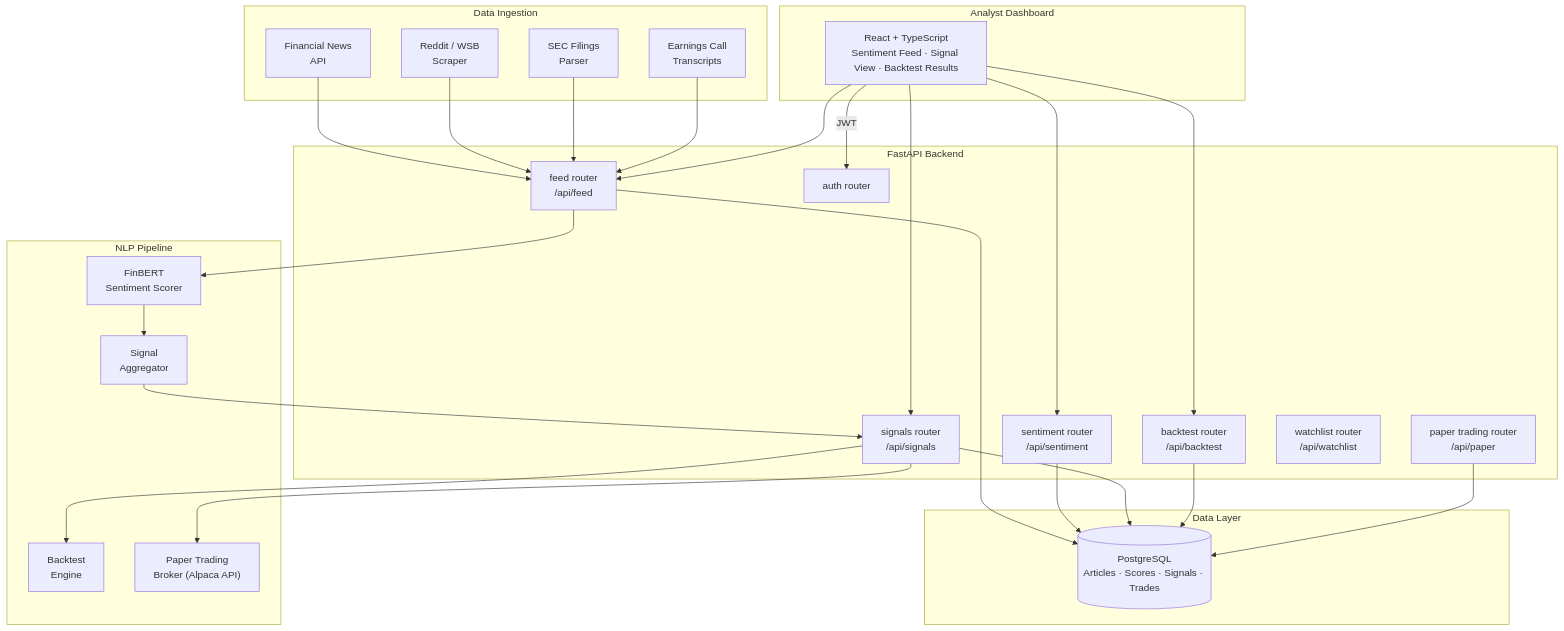
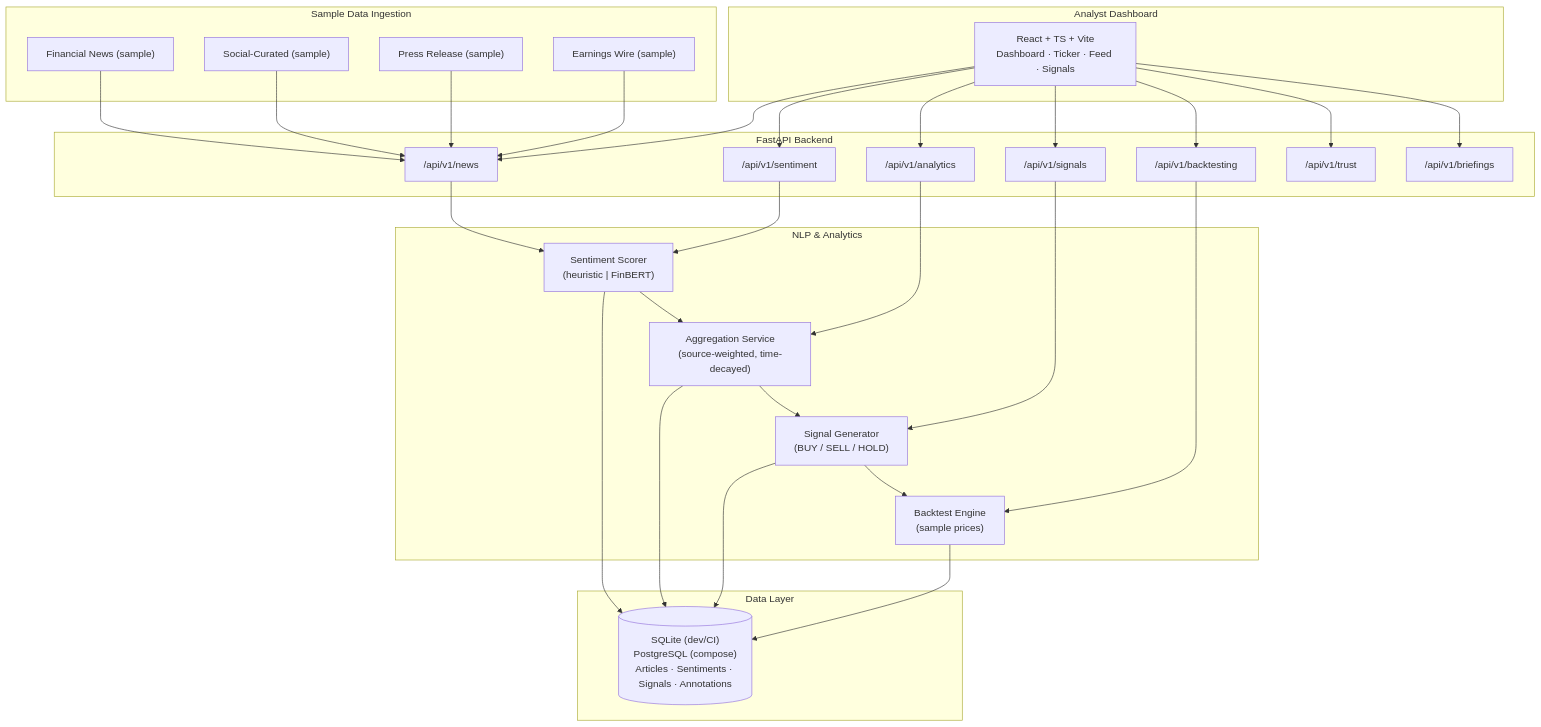
One commit to RyanJBush/Real-time-market-sentiment-and-trading-intelligence-platform changed the diagram in README.md. Above: the diagram before and after it, drawn with Mermaid. The commit also changed other lines of this file and 27 other files, not shown here.

First line of the commit message:
docs+chore: portfolio upgrade — recruiter-ready README, docs, sample data, demo script, ruff config (#18)

````diff
--- a/README.md
+++ b/README.md
@@ -32,43 +73,44 @@
 ```mermaid
 flowchart TD
-    subgraph Ingestion["Data Ingestion"]
-        NEWS["Financial News\nAPI"]
-        REDDIT["Reddit / WSB\nScraper"]
-        SEC["SEC Filings\nParser"]
-        EARNINGS["Earnings Call\nTranscripts"]
+    subgraph Ingestion["Sample Data Ingestion"]
+        NEWS["Financial News (sample)"]
+        SOCIAL["Social-Curated (sample)"]
+        PRESS["Press Release (sample)"]
+        WIRE["Earnings Wire (sample)"]
     end
 
     subgraph API["FastAPI Backend"]
-        R_FEED["feed router\n/api/feed"]
-        R_SENTIMENT["sentiment router\n/api/sentiment"]
-        R_SIGNALS["signals router\n/api/signals"]
-        R_BACKTEST["backtest router\n/api/backtest"]
-        R_PAPER["paper trading router\n/api/paper"]
-        R_WATCHLIST["watchlist router\n/api/watchlist"]
-        R_AUTH["auth router"]
+        R_NEWS["/api/v1/news"]
+        R_SENT["/api/v1/sentiment"]
+        R_AGG["/api/v1/analytics"]
+        R_SIG["/api/v1/signals"]
+        R_BT["/api/v1/backtesting"]
+        R_TRUST["/api/v1/trust"]
+        R_BRIEF["/api/v1/briefings"]
     end
 
-    subgraph NLP["NLP Pipeline"]
-        FINBERT["FinBERT\nSentiment Scorer"]
-        AGGREGATOR["Signal\nAggregator"]
-        BACKTEST_ENGINE["Backtest\nEngine"]
-        PAPER_BROKER["Paper Trading\nBroker (Alpaca API)"]  
+    subgraph NLP["NLP & Analytics"]
+        SCORER["Sentiment Scorer\n(heuristic | FinBERT)"]
+        AGG["Aggregation Service\n(source-weighted, time-decayed)"]
+        SIGNAL["Signal Generator\n(BUY / SELL / HOLD)"]
+        BT["Backtest Engine\n(sample prices)"]
     end
 
     subgraph Data["Data Layer"]
-        PG[("PostgreSQL\nArticles · Scores · Signals · Trades")]
+        DB[("SQLite (dev/CI)\nPostgreSQL (compose)\nArticles · Sentiments · Signals · Annotations")]
     end
 
     subgraph UI["Analyst Dashboard"]
-        DASH["React + TypeScript\nSentiment Feed · Signal View · Backtest Results"]
+        DASH["React + TS + Vite\nDashboard · Ticker · Feed · Signals"]
     end
 
-    NEWS & REDDIT & SEC & EARNINGS --> R_FEED
-    R_FEED --> FINBERT
-    FINBERT --> AGGREGATOR
-    AGGREGATOR --> R_SIGNALS
-    R_SIGNALS --> BACKTEST_ENGINE & PAPER_BROKER
-    R_FEED & R_SENTIMENT & R_SIGNALS & R_BACKTEST & R_PAPER --> PG
-    DASH -->|"JWT"| R_AUTH
-    DASH --> R_FEED & R_SENTIMENT & R_SIGNALS & R_BACKTEST
+    NEWS & SOCIAL & PRESS & WIRE --> R_NEWS
+    R_NEWS --> SCORER --> AGG --> SIGNAL
+    SIGNAL --> BT
+    R_SENT --> SCORER
+    R_AGG --> AGG
+    R_SIG --> SIGNAL
+    R_BT --> BT
+    SCORER & AGG & SIGNAL & BT --> DB
+    DASH --> R_NEWS & R_SENT & R_AGG & R_SIG & R_BT & R_TRUST & R_BRIEF
 ```
````
